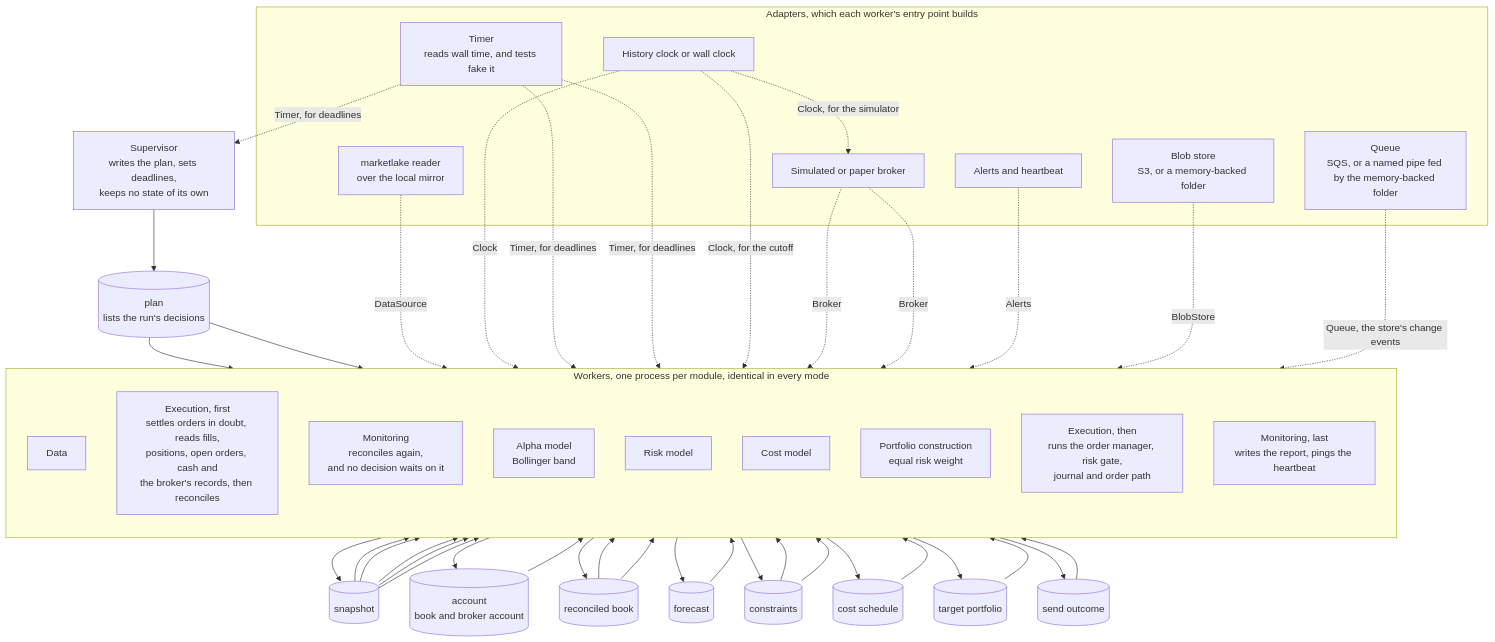
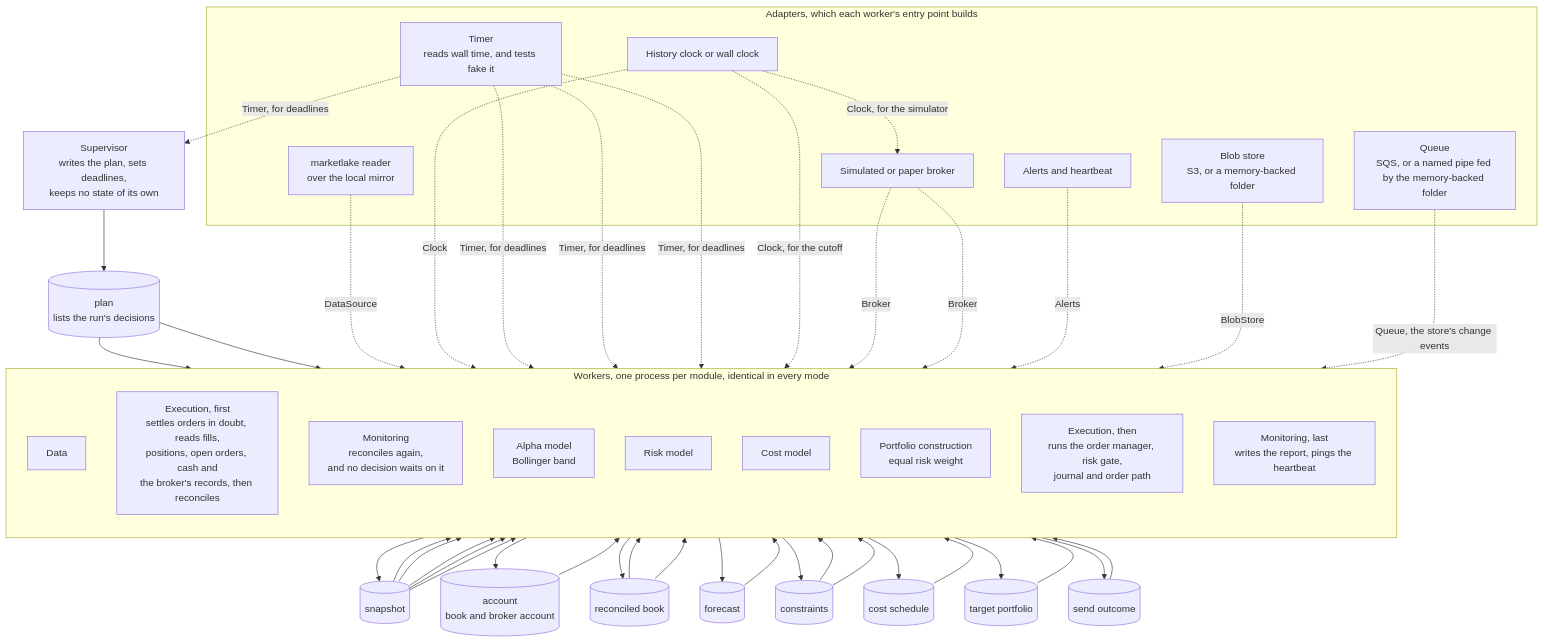
One commit to l3a0/ithildin-runtime changed the first of 7 diagrams in docs/architecture/05-building-blocks.md. Above: the diagram before and after it, drawn with Mermaid. The commit also changed other lines of this file and 10 other files, not shown here.

````diff
--- a/docs/architecture/05-building-blocks.md
+++ b/docs/architecture/05-building-blocks.md
@@ -41,70 +41,71 @@
 ```mermaid
 flowchart TB
     sup["Supervisor<br/>writes the plan, sets deadlines,<br/>keeps no state of its own"]
     plan[("plan<br/>lists the run's decisions")]
     sup --> plan
 
     subgraph workers["Workers, one process per module, identical in every mode"]
         direction TB
         data["Data"]
         exec_recover["Execution, first<br/>settles orders in doubt, reads fills,<br/>positions, open orders, cash and<br/>the broker's records, then reconciles"]
         mon_recon["Monitoring<br/>reconciles again,<br/>and no decision waits on it"]
         alpha["Alpha model<br/>Bollinger band"]
         risk["Risk model"]
         cost["Cost model"]
         pc["Portfolio construction<br/>equal risk weight"]
         exec_send["Execution, then<br/>runs the order manager, risk gate,<br/>journal and order path"]
         mon_report["Monitoring, last<br/>writes the report, pings the heartbeat"]
     end
 
     snap[("snapshot")]
     acct[("account<br/>book and broker account")]
     book[("reconciled book")]
     fc[("forecast")]
     cons[("constraints")]
     sched[("cost schedule")]
     target[("target portfolio")]
     outcome[("send outcome")]
 
     plan --> data
     plan --> exec_recover
     snap --> exec_recover
     data --> snap
     exec_recover --> acct --> mon_recon
     exec_recover --> book
     snap --> alpha --> fc
     snap --> risk
     book --> risk --> cons
     snap --> cost --> sched
     fc --> pc
     cons --> pc
     sched --> pc
     book --> pc --> target
     target --> exec_send
     cons --> exec_send
     snap --> exec_send
     exec_send --> outcome --> mon_report
 
     subgraph adapters["Adapters, which each worker's entry point builds"]
         lakesrc["marketlake reader<br/>over the local mirror"]
         clock["History clock or wall clock"]
         timer["Timer<br/>reads wall time, and tests fake it"]
         broker["Simulated or paper broker"]
         store["Blob store<br/>S3, or a memory-backed folder"]
         alertsink["Alerts and heartbeat"]
         queue["Queue<br/>SQS, or a named pipe fed by the memory-backed folder"]
     end
 
     lakesrc -. "DataSource" .-> data
     clock -. "Clock" .-> data
     timer -. "Timer, for deadlines" .-> sup
     timer -. "Timer, for deadlines" .-> mon_report
+    timer -. "Timer, for deadlines" .-> exec_recover
     timer -. "Timer, for deadlines" .-> exec_send
     clock -. "Clock, for the cutoff" .-> exec_send
     clock -. "Clock, for the simulator" .-> broker
     broker -. "Broker" .-> exec_recover
     broker -. "Broker" .-> exec_send
     store -. "BlobStore" .-> workers
     alertsink -. "Alerts" .-> mon_report
         queue -. "Queue, the store's change events" .-> workers
 ```
````
